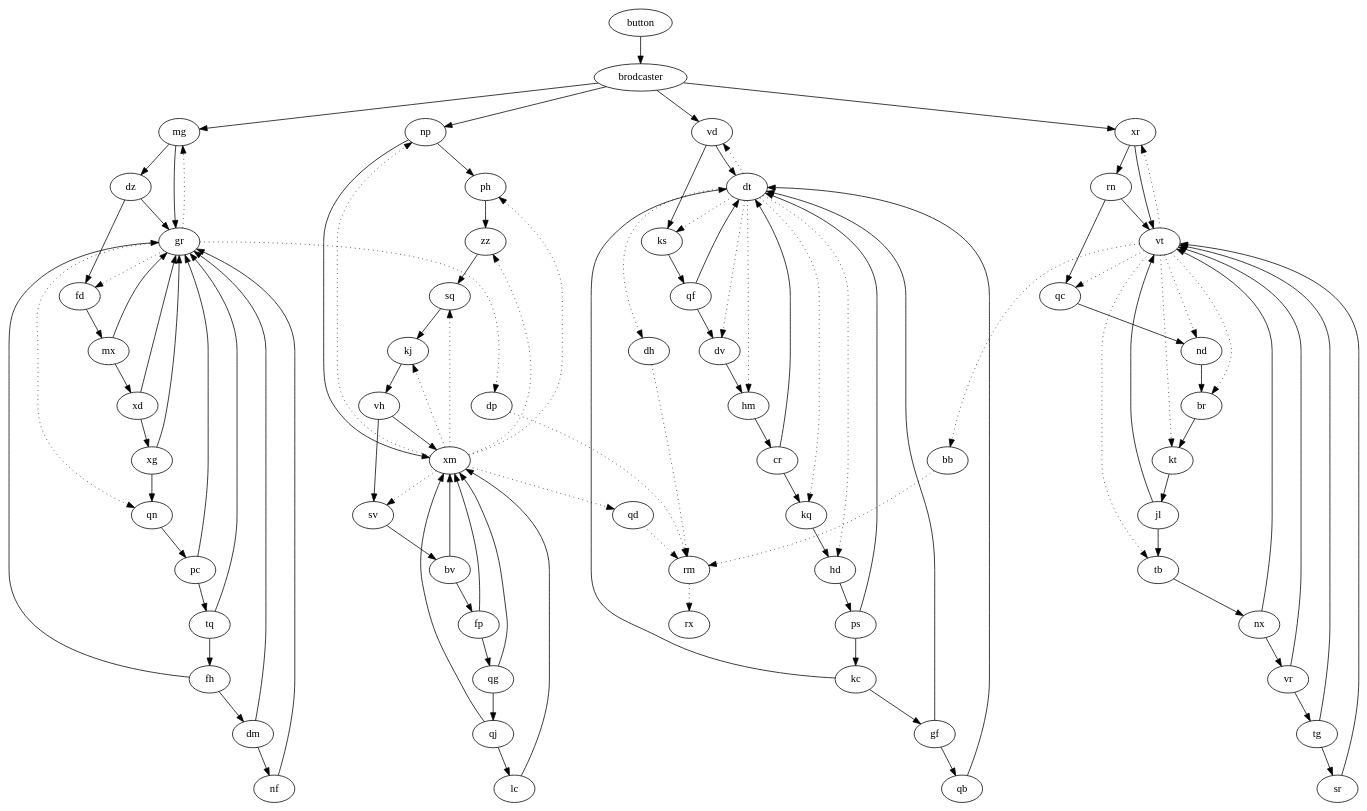
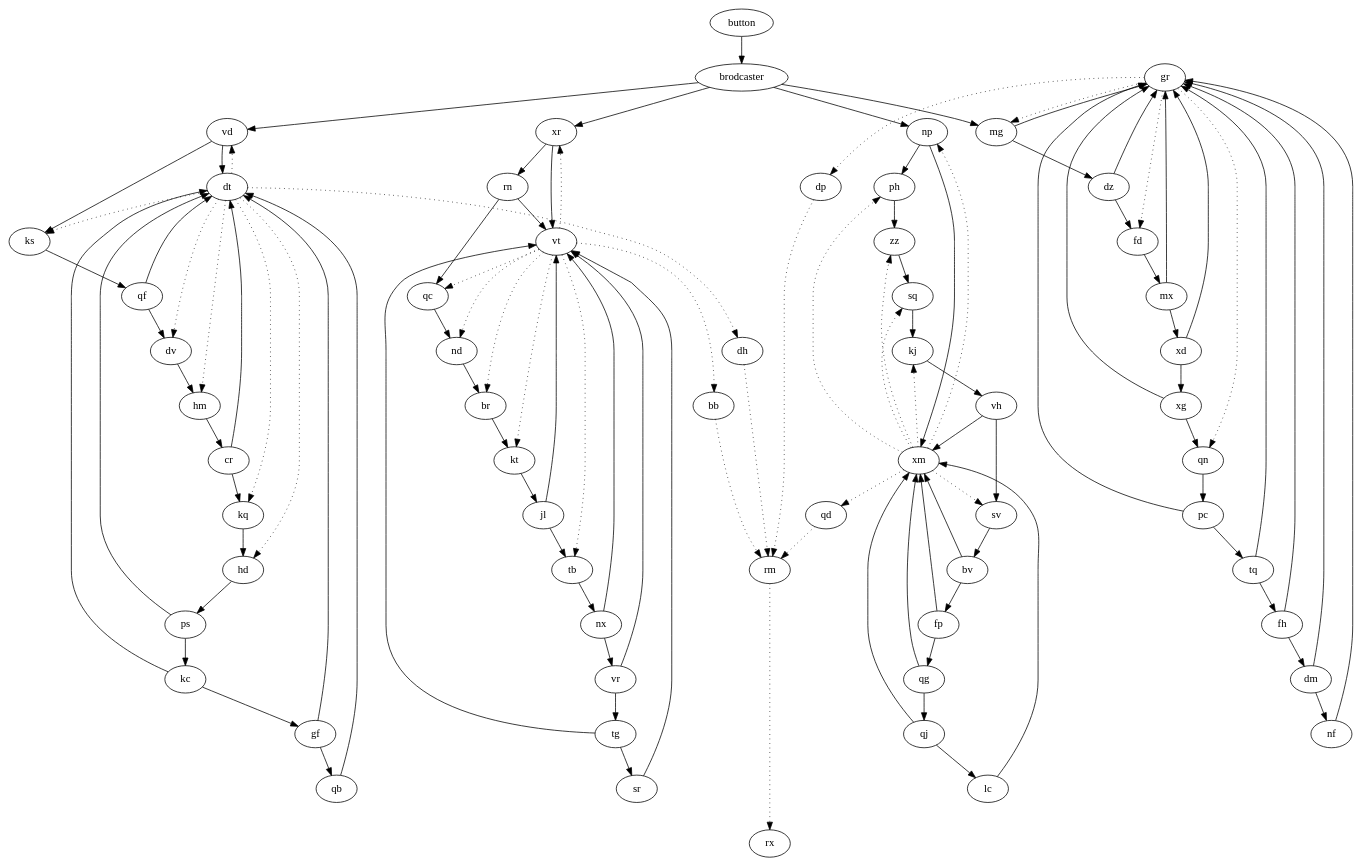
The diagram in 2023/img/20.dot (gcalmettes/AdventOfCode), drawn with Graphviz before and after one commit. The commit also changed 4 other files, not shown here.

```diff
--- a/2023/img/20.dot
+++ b/2023/img/20.dot
@@ -1,112 +1,113 @@
 digraph G {
+  { rank = sink; rx; };
   button -> brodcaster;
   brodcaster -> mg;
   brodcaster -> np;
   brodcaster -> vd;
   brodcaster -> xr;
-  ph -> zz;
+  dz -> fd;
+  dz -> gr;
+  zz -> sq;
+  vr -> tg;
+  vr -> vt;
+  rm -> rx [style=dotted];
+  qf -> dt;
+  qf -> dv;
+  cr -> dt;
+  cr -> kq;
+  hm -> cr;
+  np -> ph;
+  np -> xm;
+  br -> kt;
   gr -> dp [style=dotted];
   gr -> fd [style=dotted];
   gr -> mg [style=dotted];
   gr -> qn [style=dotted];
-  np -> ph;
-  np -> xm;
-  sv -> bv;
-  bb -> rm [style=dotted];
-  nx -> vr;
-  nx -> vt;
+  vd -> dt;
+  vd -> ks;
+  qg -> qj;
+  qg -> xm;
+  mx -> gr;
+  mx -> xd;
+  qn -> pc;
+  kq -> hd;
   dt -> dh [style=dotted];
   dt -> dv [style=dotted];
   dt -> hd [style=dotted];
   dt -> hm [style=dotted];
   dt -> kq [style=dotted];
   dt -> ks [style=dotted];
   dt -> vd [style=dotted];
+  ks -> qf;
+  pc -> gr;
+  pc -> tq;
+  mg -> dz;
+  mg -> gr;
+  bb -> rm [style=dotted];
+  kt -> jl;
+  ph -> zz;
   qd -> rm [style=dotted];
+  fh -> dm;
+  fh -> gr;
+  tq -> fh;
+  tq -> gr;
+  dm -> gr;
+  dm -> nf;
+  lc -> xm;
+  tb -> nx;
+  dp -> rm [style=dotted];
+  sr -> vt;
+  qb -> dt;
+  tg -> sr;
+  tg -> vt;
+  rn -> qc;
+  rn -> vt;
+  fp -> qg;
+  fp -> xm;
+  hd -> ps;
+  kc -> dt;
+  kc -> gf;
+  sv -> bv;
   bv -> fp;
   bv -> xm;
   nd -> br;
   jl -> tb;
   jl -> vt;
-  rn -> qc;
-  rn -> vt;
-  vr -> tg;
-  vr -> vt;
-  dv -> hm;
+  dh -> rm [style=dotted];
+  kj -> vh;
+  sq -> kj;
+  fd -> mx;
+  xr -> rn;
+  xr -> vt;
   vh -> sv;
   vh -> xm;
-  zz -> sq;
-  lc -> xm;
-  sr -> vt;
+  qj -> lc;
+  qj -> xm;
   vt -> bb [style=dotted];
   vt -> br [style=dotted];
   vt -> kt [style=dotted];
   vt -> nd [style=dotted];
   vt -> qc [style=dotted];
   vt -> tb [style=dotted];
   vt -> xr [style=dotted];
-  dz -> fd;
-  dz -> gr;
-  hm -> cr;
-  mx -> gr;
-  mx -> xd;
-  tb -> nx;
-  kc -> dt;
-  kc -> gf;
-  fp -> qg;
-  fp -> xm;
-  fh -> dm;
-  fh -> gr;
-  dm -> gr;
-  dm -> nf;
-  mg -> dz;
-  mg -> gr;
-  gf -> dt;
-  gf -> qb;
-  tq -> fh;
-  tq -> gr;
-  qg -> qj;
-  qg -> xm;
+  nf -> gr;
+  nx -> vr;
+  nx -> vt;
+  qc -> nd;
   xm -> kj [style=dotted];
   xm -> np [style=dotted];
   xm -> ph [style=dotted];
   xm -> qd [style=dotted];
   xm -> sq [style=dotted];
   xm -> sv [style=dotted];
   xm -> zz [style=dotted];
-  kq -> hd;
-  cr -> dt;
-  cr -> kq;
-  dp -> rm [style=dotted];
+  gf -> dt;
+  gf -> qb;
+  ps -> dt;
+  ps -> kc;
   xd -> gr;
   xd -> xg;
-  sq -> kj;
-  dh -> rm [style=dotted];
-  kj -> vh;
-  nf -> gr;
-  br -> kt;
-  qf -> dt;
-  qf -> dv;
-  tg -> sr;
-  tg -> vt;
-  qb -> dt;
-  vd -> dt;
-  vd -> ks;
-  xr -> rn;
-  xr -> vt;
-  qc -> nd;
-  rm -> rx [style=dotted];
-  ps -> dt;
-  ps -> kc;
-  ks -> qf;
-  fd -> mx;
-  qj -> lc;
-  qj -> xm;
-  pc -> gr;
-  pc -> tq;
   xg -> gr;
   xg -> qn;
-  qn -> pc;
-  kt -> jl;
-  hd -> ps;
+  dv -> hm;
 }
```
